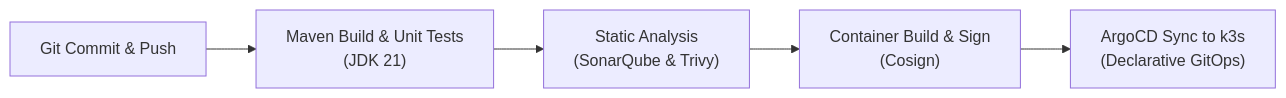
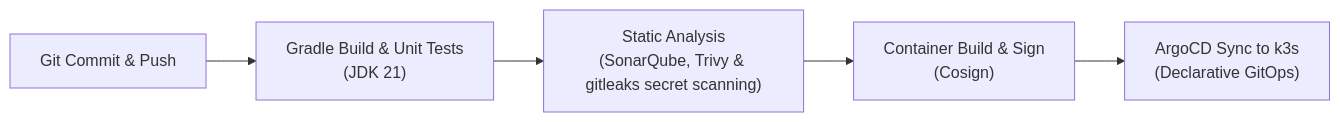
One commit to maz279/ulms changed the diagram in technical_document/04_deployment/DOC-04-DEP-07_CI_CD_Pipeline_Automation_Security_Scanning_and_GitOps_Guide.md. Above: the diagram before and after it, drawn with Mermaid. The commit also changed other lines of this file and 128 other files, not shown here.

````diff
--- a/technical_document/04_deployment/DOC-04-DEP-07_CI_CD_Pipeline_Automation_Security_Scanning_and_GitOps_Guide.md
+++ b/technical_document/04_deployment/DOC-04-DEP-07_CI_CD_Pipeline_Automation_Security_Scanning_and_GitOps_Guide.md
@@ -27,7 +27,7 @@
 ```mermaid
 flowchart LR
-    DEV["Git Commit & Push"] --> BUILD["Maven Build & Unit Tests<br/>(JDK 21)"]
-    BUILD --> SCAN["Static Analysis<br/>(SonarQube & Trivy)"]
+    DEV["Git Commit & Push"] --> BUILD["Gradle Build & Unit Tests<br/>(JDK 21)"]
+    BUILD --> SCAN["Static Analysis<br/>(SonarQube, Trivy & gitleaks secret scanning)"]
     SCAN --> DOCKER["Container Build & Sign<br/>(Cosign)"]
     DOCKER --> GITOPS["ArgoCD Sync to k3s<br/>(Declarative GitOps)"]
 ```
````
